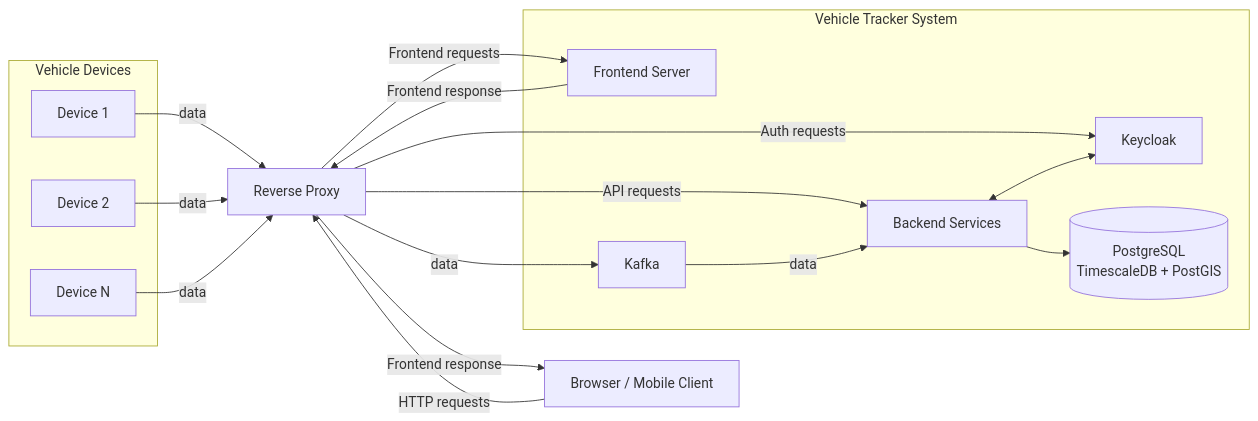
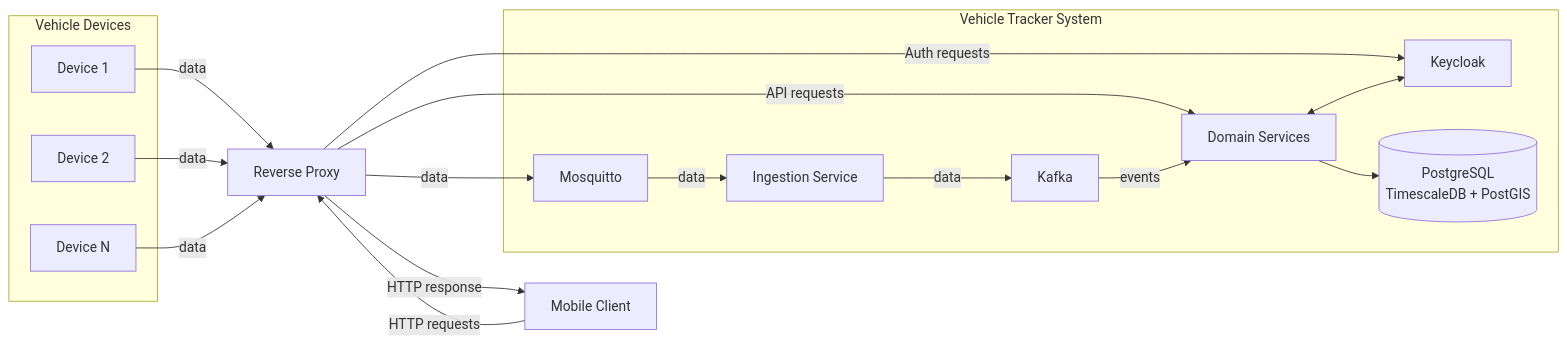
One commit to diogocerqueiralima/vehicle-tracker changed the diagram in README.md. Above: the diagram before and after it, drawn with Mermaid. The commit also changed other lines of this file and 36 other files, not shown here.

````diff
--- a/README.md
+++ b/README.md
@@ -28,37 +24,38 @@
 ```mermaid
 flowchart LR
     subgraph Vehicle Devices
         D1[Device 1]
         D2[Device 2]
         DN[Device N]
     end
 
-    APP[Browser / Mobile Client]
+    APP[Mobile Client]
     RP[Reverse Proxy]
 
     subgraph Vehicle Tracker System
-        FE[Frontend Server]
-        API[Backend Services]
+        D[Domain Services]
+        I[Ingestion Service]
         IDP[Keycloak]
+        M[Mosquitto]
         K[Kafka]
         DB[(PostgreSQL<br/>TimescaleDB + PostGIS)]
     end
 
     D1 -->|data | RP
     D2 -->|data | RP
     DN -->|data | RP
 
     APP -->|HTTP requests | RP
 
-    RP -->|Frontend requests | FE
-    FE -->|Frontend response | RP
-    RP -->|Frontend response | APP
+    RP -->|HTTP response | APP
 
-    RP -->|API requests | API
+    RP -->|API requests | D
     RP -->|Auth requests | IDP
-    RP -->|data | K
+    RP -->|data | M
+    M -->|data | I
+    I -->|data | K
 
-    K -->|data | API
-    API --> DB
-    API <--> IDP
+    K -->|events | D
+    D --> DB
+    D <--> IDP
 ```
````
